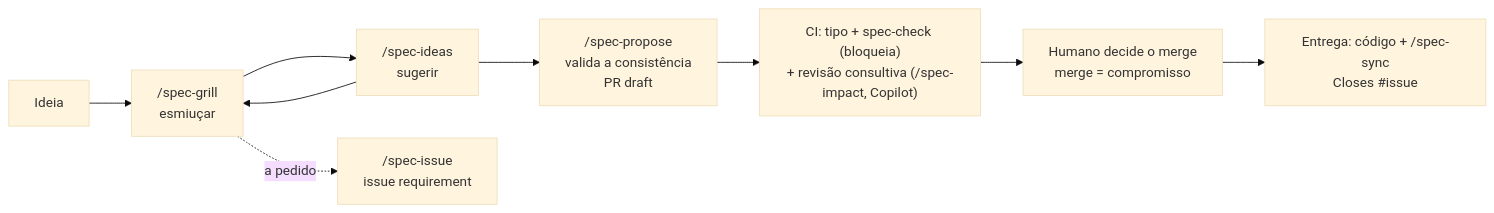
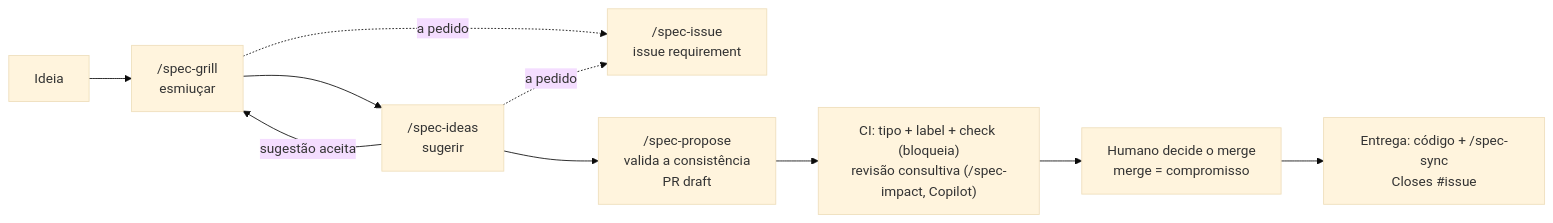
One commit to useful-toys/Tabularium changed the second of 2 diagrams in tabularium-docs/spec-flow.md. Above: the diagram before and after it, drawn with Mermaid (base theme). The commit also changed other lines of this file and 2 other files, not shown here.

Commit message:
README e spec-flow regerados por subagentes a partir dos arquivos finais

````diff
--- a/tabularium-docs/spec-flow.md
+++ b/tabularium-docs/spec-flow.md
@@ -106,11 +160,12 @@
 ```mermaid
 flowchart LR
   I[Ideia] --> G["/spec-grill<br/>esmiuçar"]
   G --> D["/spec-ideas<br/>sugerir"]
-  D --> G
+  D -- sugestão aceita --> G
   G -. a pedido .-> S["/spec-issue<br/>issue requirement"]
+  D -. a pedido .-> S
   D --> P["/spec-propose<br/>valida a consistência<br/>PR draft"]
-  P --> R["CI: tipo + spec-check (bloqueia)<br/>+ revisão consultiva (/spec-impact, Copilot)"]
-  R --> A[Humano decide o merge<br/>merge = compromisso]
+  P --> R["CI: tipo + label + check (bloqueia)<br/>revisão consultiva (/spec-impact, Copilot)"]
+  R --> A["Humano decide o merge<br/>merge = compromisso"]
   A --> E["Entrega: código + /spec-sync<br/>Closes #issue"]
 ```
````
